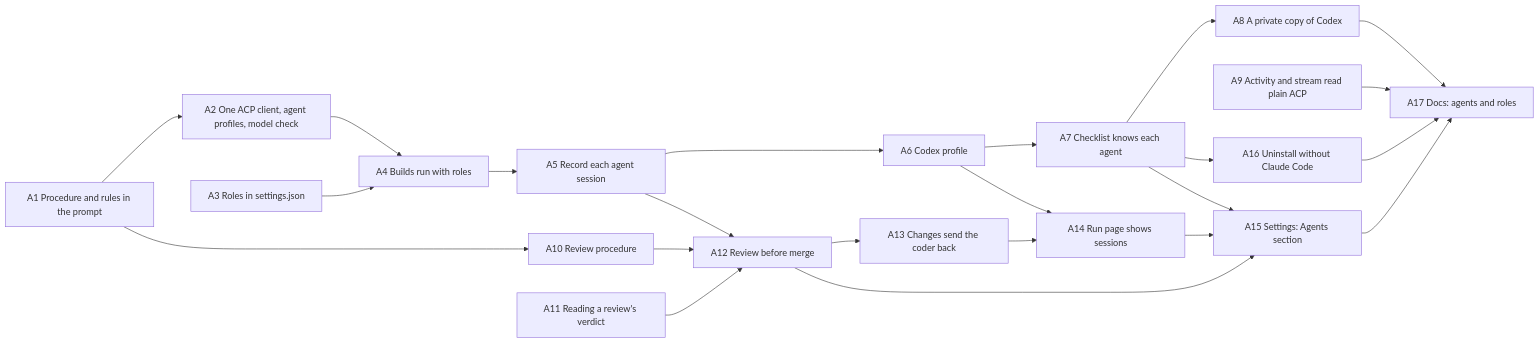
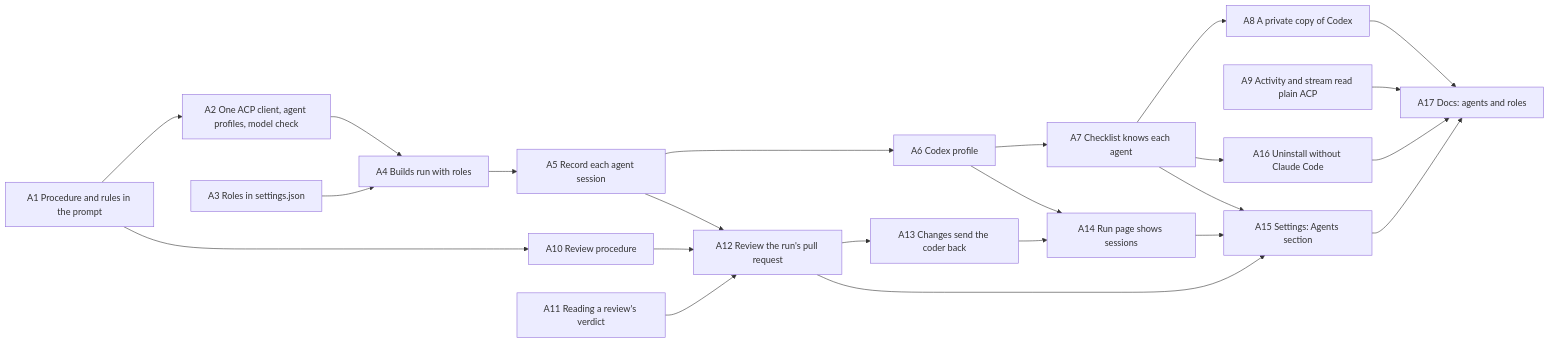
Before and after one commit to epik-agent/Epik: the diagram in docs/milestone-0.4.0/epic-agents-and-roles.md, drawn with Mermaid. The commit also changed other lines of this file and 2 other files, not shown here.

First line of the commit message:
docs: review the run's pull request at the end, never per issue

````diff
--- a/docs/milestone-0.4.0/epic-agents-and-roles.md
+++ b/docs/milestone-0.4.0/epic-agents-and-roles.md
@@ -53,42 +55,42 @@
 ```mermaid
 graph LR
   A1["A1 Procedure and rules in the prompt"]
   A2["A2 One ACP client, agent profiles, model check"]
   A3["A3 Roles in settings.json"]
   A4["A4 Builds run with roles"]
   A5["A5 Record each agent session"]
   A6["A6 Codex profile"]
   A7["A7 Checklist knows each agent"]
   A8["A8 A private copy of Codex"]
   A9["A9 Activity and stream read plain ACP"]
   A10["A10 Review procedure"]
   A11["A11 Reading a review's verdict"]
-  A12["A12 Review before merge"]
+  A12["A12 Review the run's pull request"]
   A13["A13 Changes send the coder back"]
   A14["A14 Run page shows sessions"]
   A15["A15 Settings: Agents section"]
   A16["A16 Uninstall without Claude Code"]
   A17["A17 Docs: agents and roles"]
   A1 --> A2
   A2 --> A4
   A3 --> A4
   A4 --> A5
   A5 --> A6
   A6 --> A7
   A7 --> A8
   A7 --> A16
   A1 --> A10
   A5 --> A12
   A10 --> A12
   A11 --> A12
   A12 --> A13
   A13 --> A14
   A6 --> A14
   A7 --> A15
   A12 --> A15
   A14 --> A15
   A8 --> A17
   A9 --> A17
   A15 --> A17
   A16 --> A17
 ```
````
